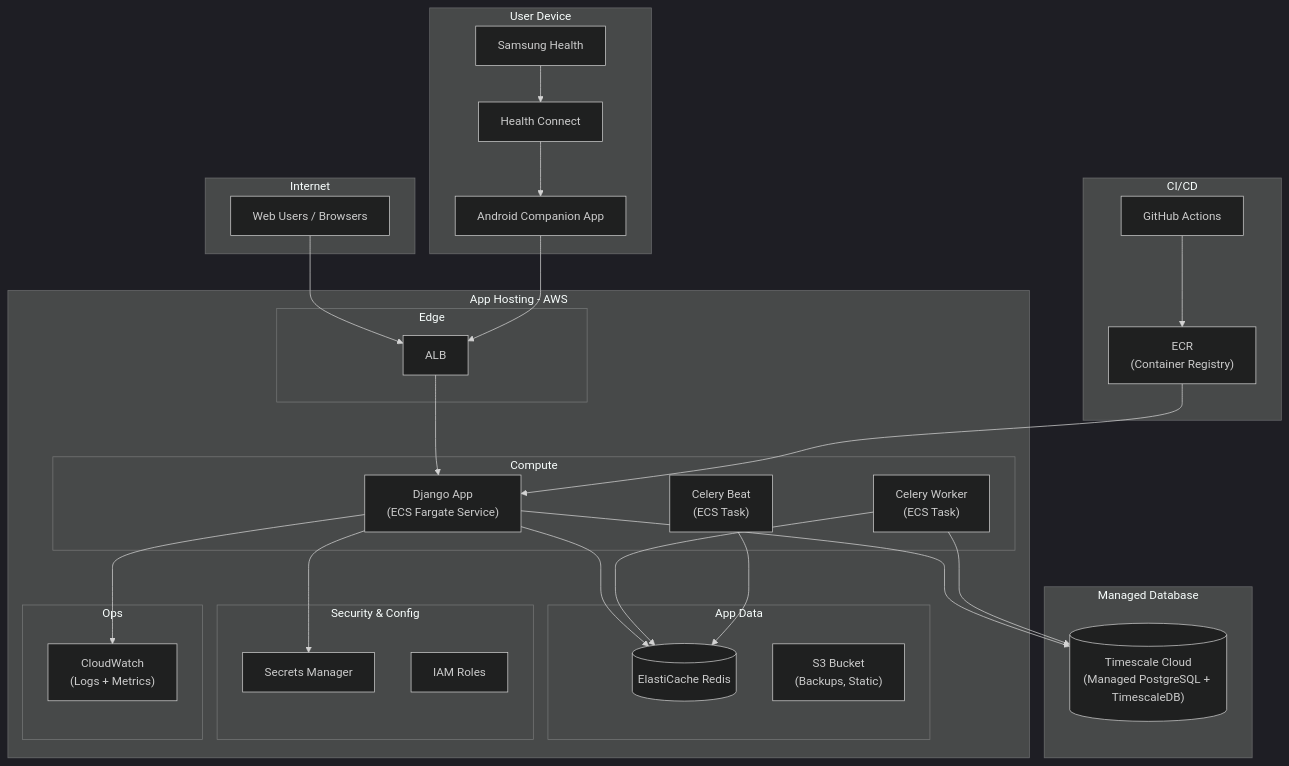
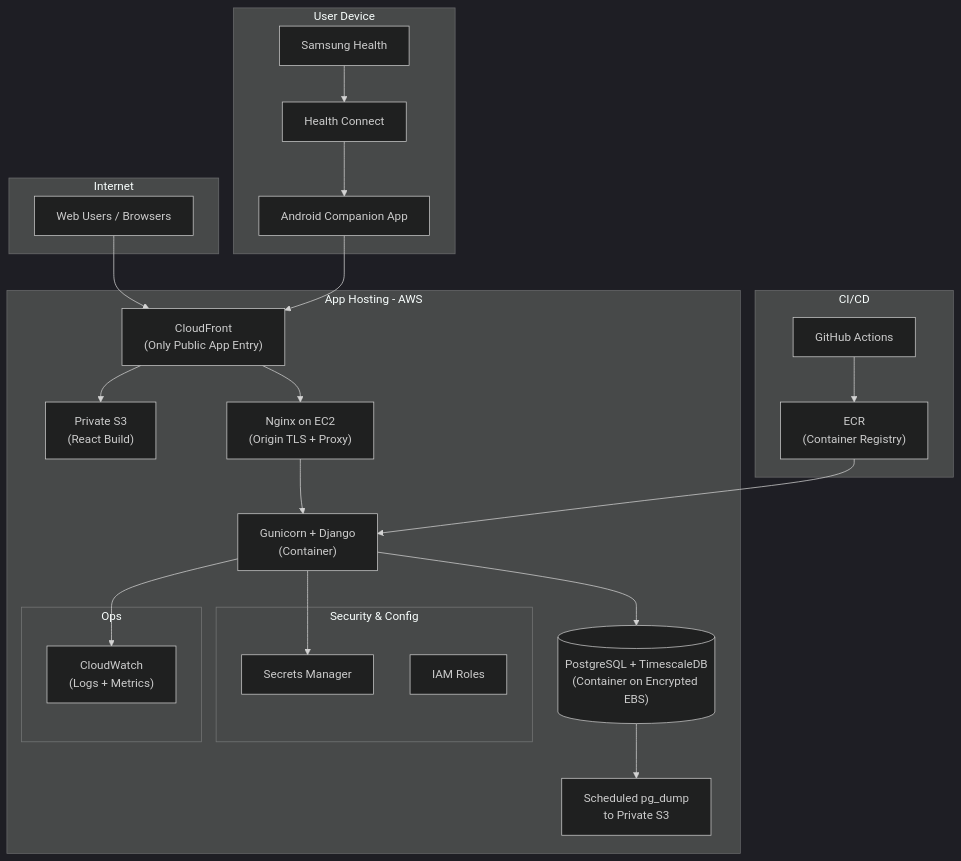
Before and after one commit to elvisrepo/long: the third of 6 diagrams in reference_docs/knowledge/planning.md, drawn with Mermaid (dark theme). The commit also changed other lines of this file and 13 other files, not shown here.

````diff
--- a/reference_docs/knowledge/planning.md
+++ b/reference_docs/knowledge/planning.md
@@ -329,59 +337,46 @@
 ```mermaid
 graph TB
     subgraph "Internet"
         WEB["Web Users / Browsers"]
     end
 
     subgraph "User Device"
         SH["Samsung Health"]
         HC["Health Connect"]
         ANDROID["Android Companion App"]
     end
 
     subgraph "App Hosting - AWS"
-        subgraph "Edge"
-            GW["ALB"]
-        end
-
-        subgraph "Compute"
-            APP["Django App<br/>(ECS Fargate Service)"]
-            WORKER["Celery Worker<br/>(ECS Task)"]
-            BEAT["Celery Beat<br/>(ECS Task)"]
-        end
-
-        subgraph "App Data"
-            ELASTICACHE[("ElastiCache Redis")]
-            S3["S3 Bucket<br/>(Backups, Static)"]
-        end
+        CF["CloudFront<br/>(Only Public App Entry)"]
+        S3["Private S3<br/>(React Build)"]
+        NGINX["Nginx on EC2<br/>(Origin TLS + Proxy)"]
+        APP["Gunicorn + Django<br/>(Container)"]
+        TSDB[("PostgreSQL + TimescaleDB<br/>(Container on Encrypted EBS)")]
+        BACKUP["Scheduled pg_dump<br/>to Private S3"]
 
         subgraph "Security & Config"
             SECRETS["Secrets Manager"]
             IAM["IAM Roles"]
         end
 
         subgraph "Ops"
             CW["CloudWatch<br/>(Logs + Metrics)"]
         end
     end
 
-    subgraph "Managed Database"
-        TSDB[("Timescale Cloud<br/>(Managed PostgreSQL + TimescaleDB)")]
-    end
-
     subgraph "CI/CD"
         GHA["GitHub Actions"]
         ECR["ECR<br/>(Container Registry)"]
     end
 
-    WEB --> GW --> APP
+    WEB --> CF
+    CF --> S3
+    CF --> NGINX --> APP
     SH --> HC --> ANDROID
-    ANDROID --> GW
+    ANDROID --> CF
     APP --> TSDB
-    APP --> ELASTICACHE
     APP --> SECRETS
-    WORKER --> TSDB
-    WORKER --> ELASTICACHE
-    BEAT --> ELASTICACHE
     GHA --> ECR --> APP
     APP --> CW
+    TSDB --> BACKUP
 ```
````
